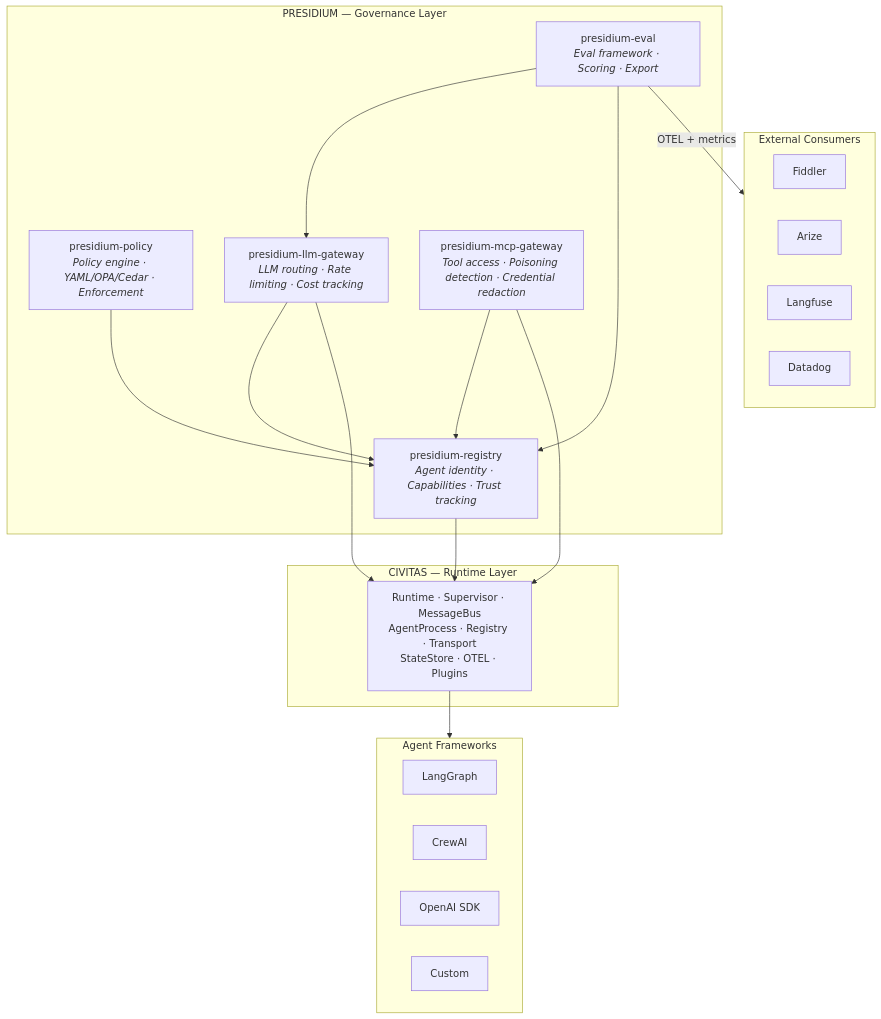
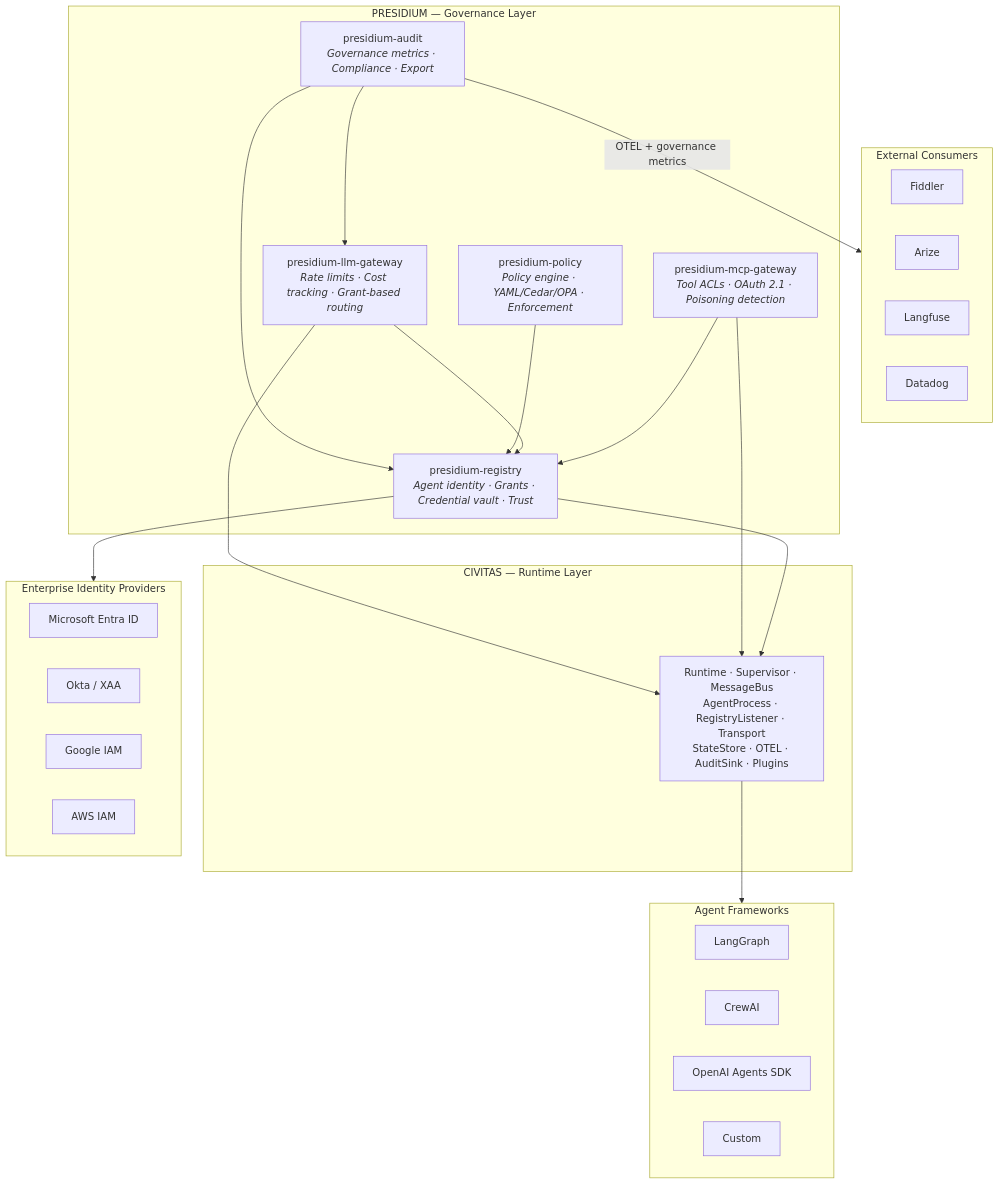
Before and after one commit to civitas-io/presidium: the first of 2 diagrams in docs/architecture/overview.md, drawn with Mermaid. The commit also changed other lines of this file and 7 other files, not shown here.

````diff
--- a/docs/architecture/overview.md
+++ b/docs/architecture/overview.md
@@ -7,39 +7,47 @@
 ```mermaid
 graph TB
     subgraph External["External Consumers"]
         Fiddler["Fiddler"]
         Arize["Arize"]
         Langfuse["Langfuse"]
         Datadog["Datadog"]
     end
 
     subgraph Presidium["PRESIDIUM — Governance Layer"]
-        Eval["presidium-eval<br/><i>Eval framework · Scoring · Export</i>"]
-        Policy["presidium-policy<br/><i>Policy engine · YAML/OPA/Cedar · Enforcement</i>"]
-        LLMGw["presidium-llm-gateway<br/><i>LLM routing · Rate limiting · Cost tracking</i>"]
-        MCPGw["presidium-mcp-gateway<br/><i>Tool access · Poisoning detection · Credential redaction</i>"]
-        Registry["presidium-registry<br/><i>Agent identity · Capabilities · Trust tracking</i>"]
+        Audit["presidium-audit<br/><i>Governance metrics · Compliance · Export</i>"]
+        Policy["presidium-policy<br/><i>Policy engine · YAML/Cedar/OPA · Enforcement</i>"]
+        LLMGw["presidium-llm-gateway<br/><i>Rate limits · Cost tracking · Grant-based routing</i>"]
+        MCPGw["presidium-mcp-gateway<br/><i>Tool ACLs · OAuth 2.1 · Poisoning detection</i>"]
+        Registry["presidium-registry<br/><i>Agent identity · Grants · Credential vault · Trust</i>"]
     end
 
     subgraph Civitas["CIVITAS — Runtime Layer"]
-        Runtime["Runtime · Supervisor · MessageBus<br/>AgentProcess · Registry · Transport<br/>StateStore · OTEL · Plugins"]
+        Runtime["Runtime · Supervisor · MessageBus<br/>AgentProcess · RegistryListener · Transport<br/>StateStore · OTEL · AuditSink · Plugins"]
+    end
+
+    subgraph IdPs["Enterprise Identity Providers"]
+        Entra["Microsoft Entra ID"]
+        Okta["Okta / XAA"]
+        GCP["Google IAM"]
+        AWS["AWS IAM"]
     end
 
     subgraph Frameworks["Agent Frameworks"]
         LG["LangGraph"]
         Crew["CrewAI"]
-        OAISDK["OpenAI SDK"]
+        OAISDK["OpenAI Agents SDK"]
         Custom["Custom"]
     end
 
-    Eval --> LLMGw
-    Eval --> Registry
+    Audit --> LLMGw
+    Audit --> Registry
     Policy --> Registry
     LLMGw --> Registry
     MCPGw --> Registry
     LLMGw --> Runtime
     MCPGw --> Runtime
     Registry --> Runtime
-    Eval -->|OTEL + metrics| External
+    Registry --> IdPs
+    Audit -->|OTEL + governance metrics| External
     Runtime --> Frameworks
 ```
````
